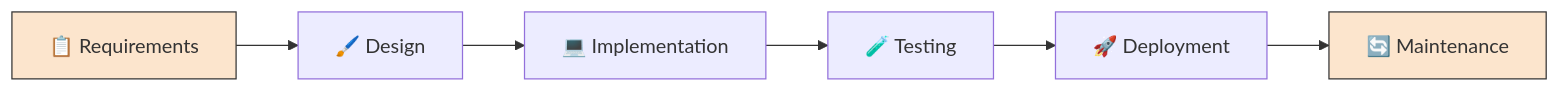
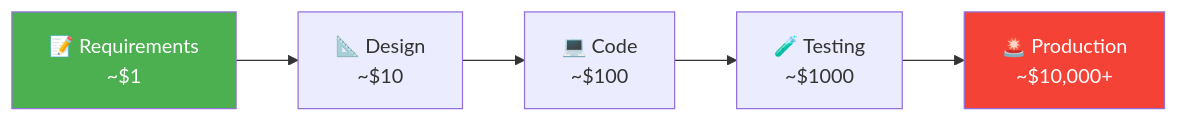
The third of 5 diagrams in lectures/lec1.md (SamiKO228/DevSecOps-Intro), drawn with Mermaid before and after one commit. The commit also changed other lines of this file and 11 other files, not shown here.

````diff
--- a/lectures/lec1.md
+++ b/lectures/lec1.md
@@ -157,10 +115,10 @@
 ```mermaid
-flowchart LR
-    R[📋 Requirements] --> D[🖌️ Design]
-    D --> I[💻 Implementation]
-    I --> T[🧪 Testing]
-    T --> P[🚀 Deployment]
-    P --> M[🔄 Maintenance]
-    style R fill:#fce5cd,stroke:#333
-    style M fill:#fce5cd,stroke:#333
+graph LR
+    R[📝 Requirements<br/>~$1] --> D[📐 Design<br/>~$10]
+    D --> C[💻 Code<br/>~$100]
+    C --> T[🧪 Testing<br/>~$1000]
+    T --> P[🚨 Production<br/>~$10,000+]
+
+    style R fill:#4CAF50,color:#fff
+    style P fill:#F44336,color:#fff
 ```
````
